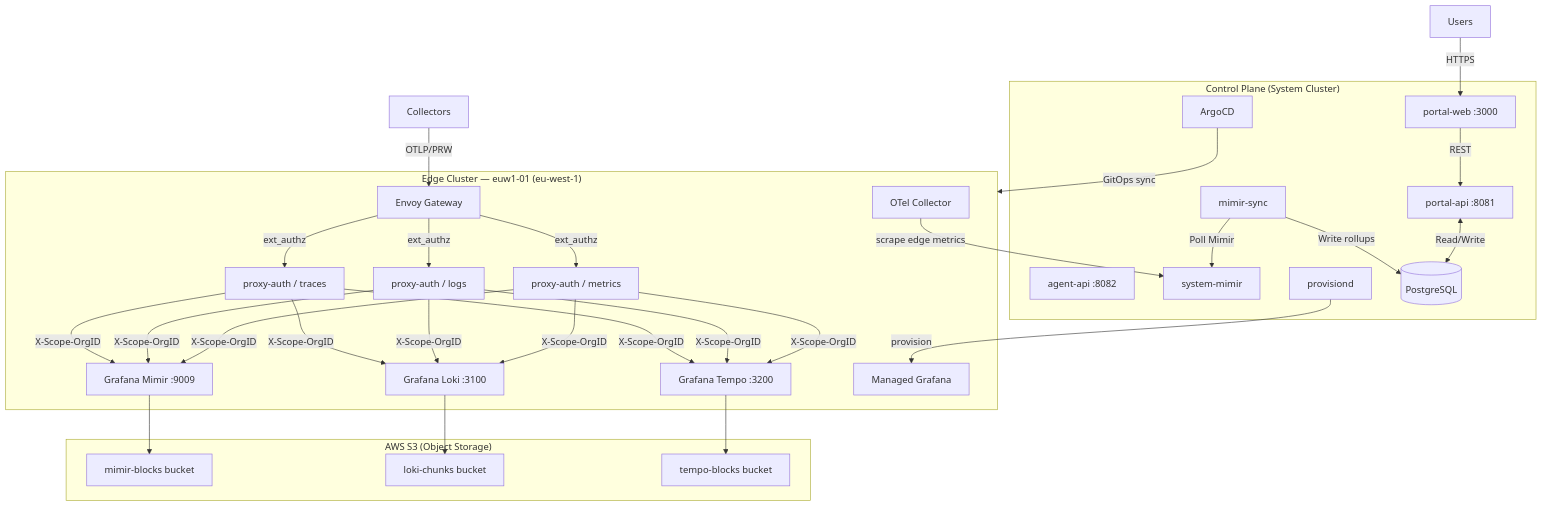
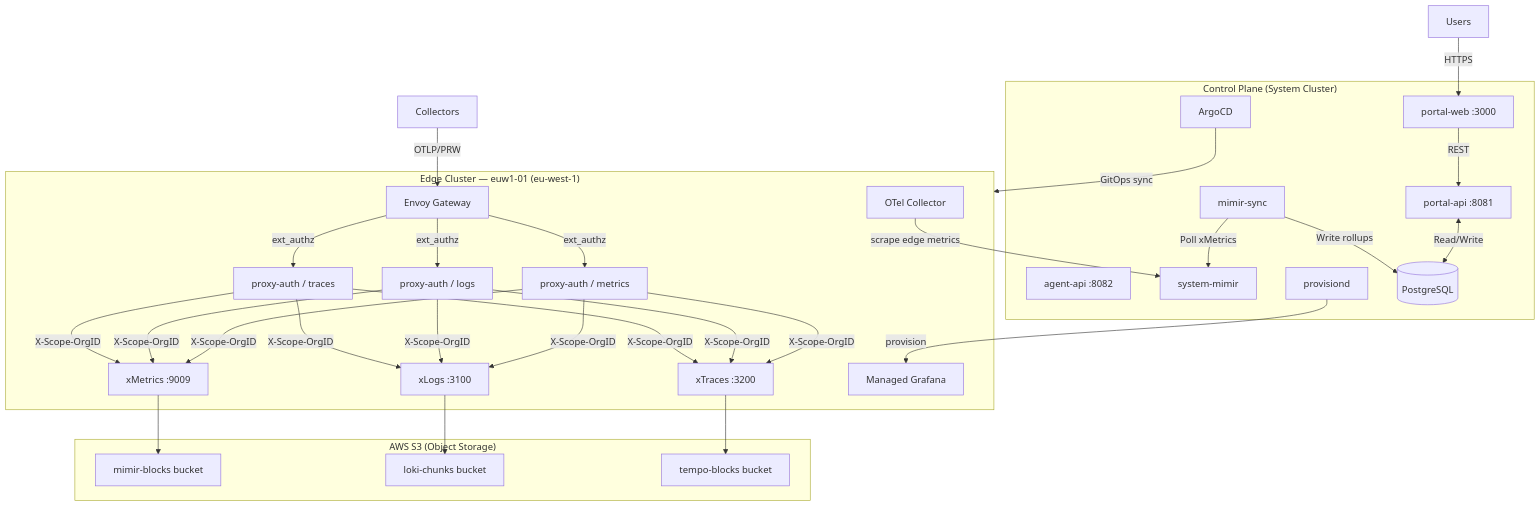
One commit to xscaler/training changed the diagram in docs/session-1/platform-introduction.md. Above: the diagram before and after it, drawn with Mermaid. The commit also changed other lines of this file and 29 other files, not shown here.

````diff
--- a/docs/session-1/platform-introduction.md
+++ b/docs/session-1/platform-introduction.md
@@ -26,47 +26,47 @@
 ```mermaid
 graph TB
     subgraph CP["Control Plane (System Cluster)"]
         PA[portal-api :8081]
         PW[portal-web :3000]
         AA[agent-api :8082]
         MS[mimir-sync]
         SM[system-mimir]
         PR[provisiond]
         PG[(PostgreSQL)]
         AC[ArgoCD]
     end
 
     subgraph EDGE["Edge Cluster — euw1-01 (eu-west-1)"]
         EN[Envoy Gateway]
         PXM[proxy-auth / metrics]
         PXL[proxy-auth / logs]
         PXT[proxy-auth / traces]
-        MI[Grafana Mimir :9009]
-        LO[Grafana Loki :3100]
-        TE[Grafana Tempo :3200]
+        MI[xMetrics :9009]
+        LO[xLogs :3100]
+        TE[xTraces :3200]
         GR[Managed Grafana]
         OC[OTel Collector]
     end
 
     subgraph S3["AWS S3 (Object Storage)"]
         S3M[mimir-blocks bucket]
         S3L[loki-chunks bucket]
         S3T[tempo-blocks bucket]
     end
 
     Users -->|HTTPS| PW
     PW -->|REST| PA
     PA <-->|Read/Write| PG
-    MS -->|Poll Mimir| SM
+    MS -->|Poll xMetrics| SM
     MS -->|Write rollups| PG
     AC -->|GitOps sync| EDGE
 
     Collectors -->|OTLP/PRW| EN
     EN -->|ext_authz| PXM & PXL & PXT
     PXM & PXL & PXT -->|X-Scope-OrgID| MI & LO & TE
     MI --> S3M
     LO --> S3L
     TE --> S3T
     OC -->|scrape edge metrics| SM
     PR -->|provision| GR
 ```
````
